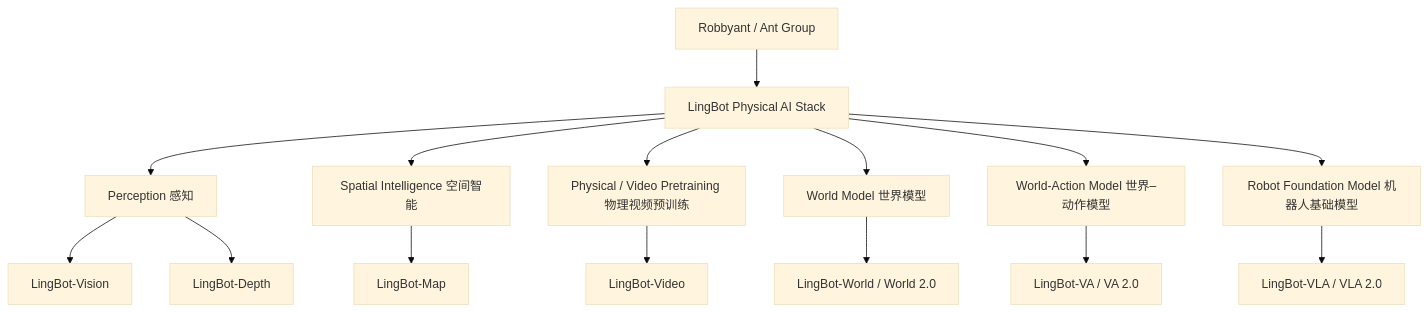
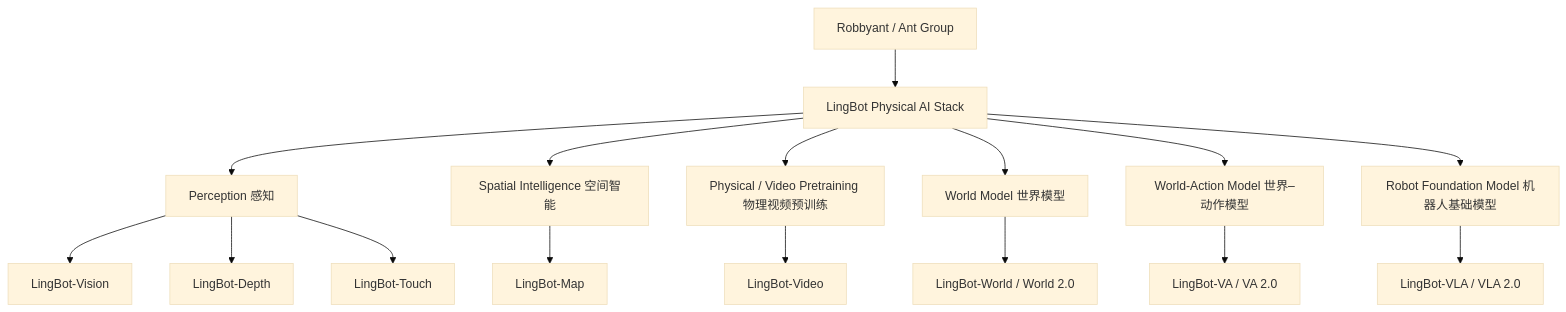
Before and after one commit to ImChong/Robotics_Notebooks: the second of 6 diagrams in wiki/entities/robbyant.md, drawn with Mermaid (base theme). The commit also changed other lines of this file, not shown here.

Commit message:
[2026-11-10] ingest | wiki/entities/robbyant.md — 接入 LingBot-Touch 及模型家族导航

````diff
--- a/wiki/entities/robbyant.md
+++ b/wiki/entities/robbyant.md
@@ -89,17 +91,18 @@
 ```mermaid
 flowchart TB
   RB["Robbyant / Ant Group"] --> STACK["LingBot Physical AI Stack"]
   STACK --> P["Perception 感知"]
   STACK --> S["Spatial Intelligence 空间智能"]
   STACK --> V["Physical / Video Pretraining 物理视频预训练"]
   STACK --> W["World Model 世界模型"]
   STACK --> WA["World-Action Model 世界–动作模型"]
   STACK --> R["Robot Foundation Model 机器人基础模型"]
   P --> P1["LingBot-Vision"]
   P --> P2["LingBot-Depth"]
+  P --> P3["LingBot-Touch"]
   S --> S1["LingBot-Map"]
   V --> V1["LingBot-Video"]
   W --> W1["LingBot-World / World 2.0"]
   WA --> WA1["LingBot-VA / VA 2.0"]
   R --> R1["LingBot-VLA / VLA 2.0"]
 ```
````
